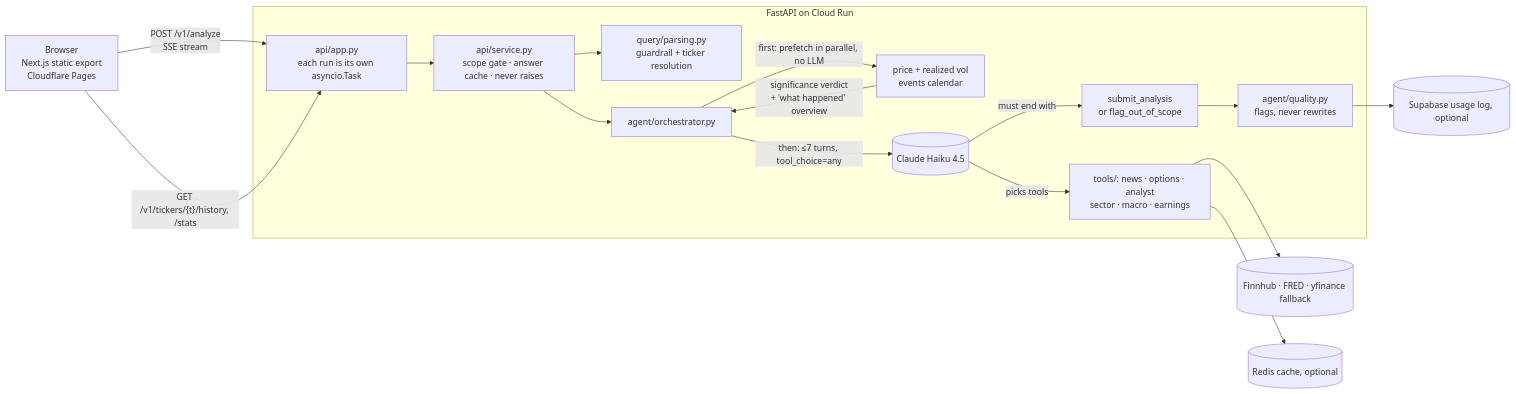
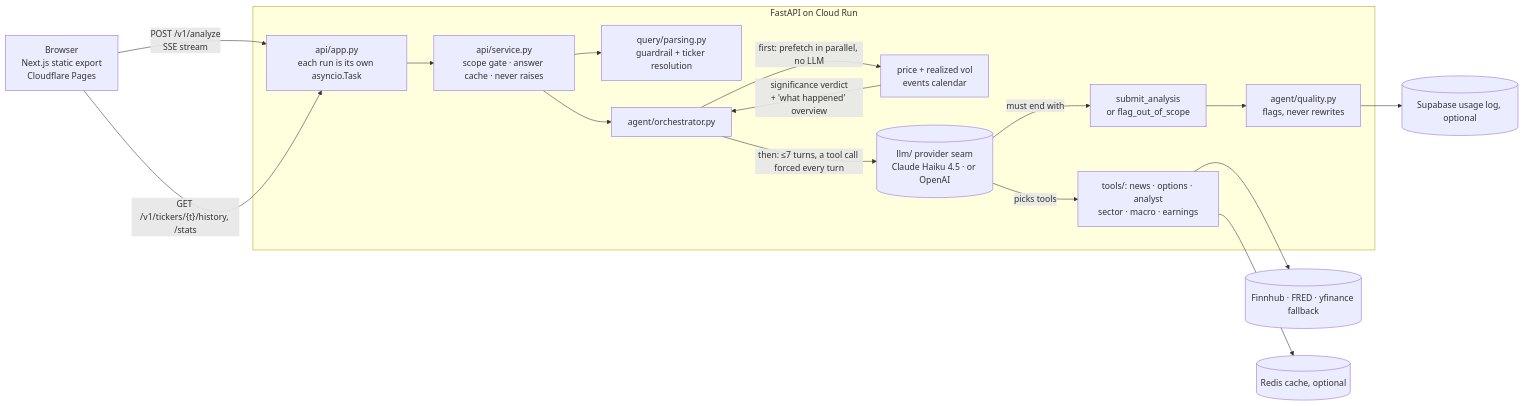
Before and after one commit to Sakthibats/Agentic-VolatilityExplainer: the diagram in README.md, drawn with Mermaid. The commit also changed other lines of this file and 2 other files, not shown here.

First line of the commit message:
Document the provider seam and the first Claude vs. OpenAI eval

````diff
--- a/README.md
+++ b/README.md
@@ -45,21 +45,21 @@
 ```mermaid
 flowchart LR
     U[Browser<br/>Next.js static export<br/>Cloudflare Pages] -- "POST /v1/analyze<br/>SSE stream" --> API
     U -- "GET /v1/tickers/{t}/history, /stats" --> API
 
     subgraph CR [FastAPI on Cloud Run]
         API[api/app.py<br/>each run is its own asyncio.Task] --> SVC[api/service.py<br/>scope gate · answer cache · never raises]
         SVC --> G[query/parsing.py<br/>guardrail + ticker resolution]
         SVC --> O[agent/orchestrator.py]
         O -- "first: prefetch in parallel, no LLM" --> P[price + realized vol<br/>events calendar]
         P -- "significance verdict<br/>+ 'what happened' overview" --> O
-        O -- "then: ≤7 turns, tool_choice=any" --> C[(Claude Haiku 4.5)]
+        O -- "then: ≤7 turns, a tool call forced every turn" --> C[(llm/ provider seam<br/>Claude Haiku 4.5 · or OpenAI)]
         C -- "picks tools" --> T[tools/: news · options · analyst<br/>sector · macro · earnings]
         C -- "must end with" --> S[submit_analysis<br/>or flag_out_of_scope]
         S --> Q[agent/quality.py<br/>flags, never rewrites]
     end
 
     T --> D[(Finnhub · FRED · yfinance fallback)]
     T --> R[(Redis cache, optional)]
     Q --> L[(Supabase usage log, optional)]
 ```
````
